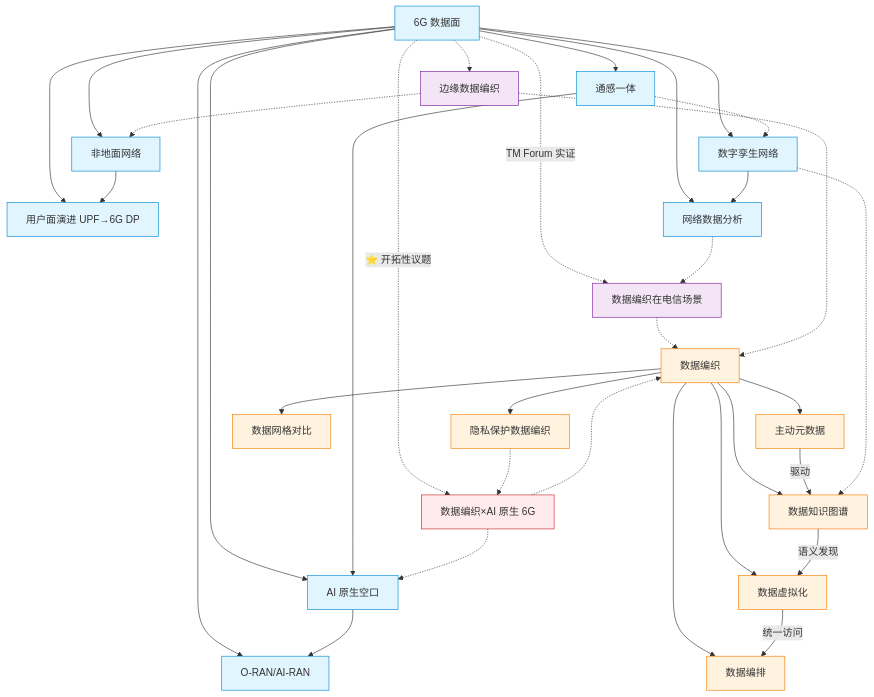
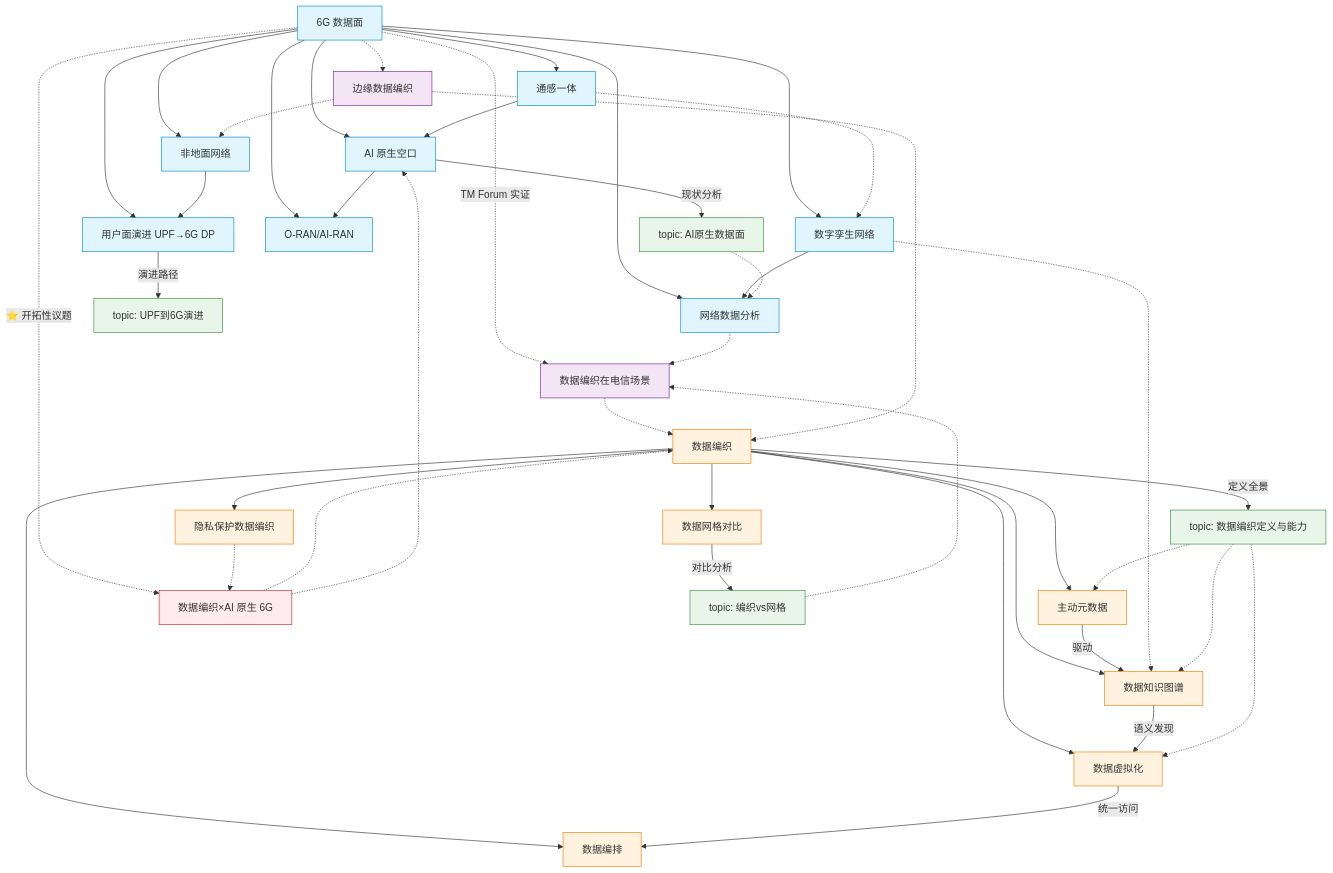
The diagram in wiki/concepts/README.md (newmanxiang/6GDataPlane), drawn with Mermaid before and after one commit. The commit also changed 57 other files, not shown here.

````diff
--- a/wiki/concepts/README.md
+++ b/wiki/concepts/README.md
@@ -7,55 +7,68 @@
 ```mermaid
 graph TD
     %% 6G 数据面侧（A类）
     DP[6G 数据面]
     DP --> UPE[用户面演进 UPF→6G DP]
     DP --> AIA[AI 原生空口]
     DP --> DTN[数字孪生网络]
     DP --> ISAC[通感一体]
     DP --> NTN[非地面网络]
     DP --> RAN[O-RAN/AI-RAN]
     DP --> NWDA[网络数据分析]
 
     %% A类内部关系
     DTN --> NWDA
     ISAC --> AIA
     ISAC -.-> DTN
     NTN --> UPE
     AIA --> RAN
 
     %% 数据编织侧（B类）
     DF[数据编织]
     DF --> AM[主动元数据]
     DF --> KG[数据知识图谱]
     DF --> DV[数据虚拟化]
     DF --> DO[数据编排]
     DF --> PP[隐私保护数据编织]
     DF --> DMESH[数据网格对比]
 
     %% B类内部关系（协作链条）
     AM -->|驱动| KG
     KG -->|语义发现| DV
     DV -->|统一访问| DO
 
     %% 交集议题（C类）
     DP -.->|TM Forum 实证| DF_TEL[数据编织在电信场景]
     DF_TEL -.-> DF
     DP -.->|⭐ 开拓性议题| DF_AIN[数据编织×AI 原生 6G]
     DF_AIN -.-> DF
     DF_AIN -.-> AIA
     DP -.-> EDGE[边缘数据编织]
     EDGE -.-> DF
     EDGE -.-> NTN
     PP -.-> DF_AIN
     NWDA -.-> DF_TEL
     DTN -.-> KG
 
+    %% Topic 深调关系（D9 新增）
+    DF -->|定义全景| T_DFDC[topic: 数据编织定义与能力]
+    DMESH -->|对比分析| T_DFVM[topic: 编织vs网格]
+    T_DFDC -.-> AM
+    T_DFDC -.-> KG
+    T_DFDC -.-> DV
+    T_DFVM -.-> DF_TEL
+    UPE -->|演进路径| T_UPE[topic: UPF到6G演进]
+    AIA -->|现状分析| T_AINP[topic: AI原生数据面]
+    T_AINP -.-> NWDA
+
     classDef dp fill:#e1f5ff,stroke:#0288d1;
     classDef df fill:#fff3e0,stroke:#f57c00;
     classDef cross fill:#f3e5f5,stroke:#7b1fa2;
     classDef gap fill:#ffebee,stroke:#c62828;
+    classDef topic fill:#e8f5e9,stroke:#388e3c;
     class DP,UPE,AIA,DTN,ISAC,NTN,RAN,NWDA dp;
     class DF,AM,KG,DV,DO,PP,DMESH df;
     class DF_TEL,EDGE cross;
     class DF_AIN gap;
+    class T_DFDC,T_DFVM,T_UPE,T_AINP topic;
 ```
````
